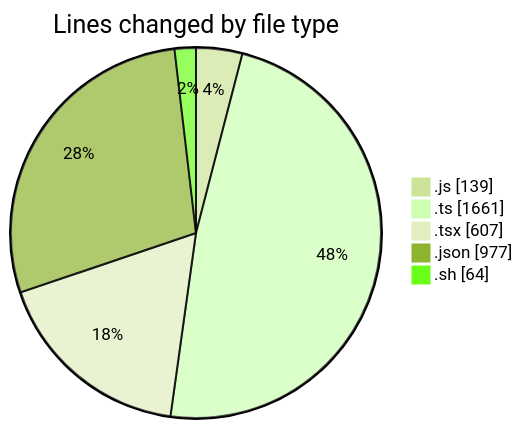
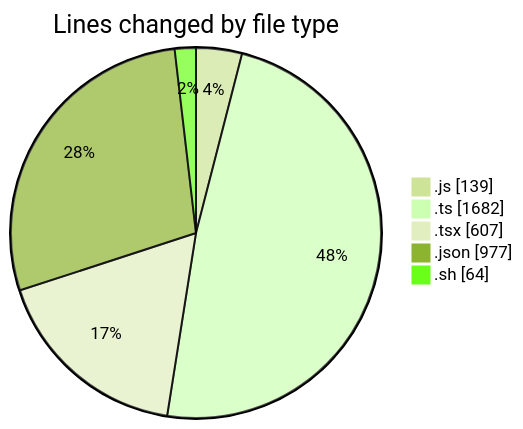
The first of 2 diagrams in 2025-07-14/ribbon/README.md (EIIisD/code-tracking), drawn with Mermaid (forest theme) before and after one commit. The commit also changed other lines of this file and 1 other file, not shown here.

````diff
--- a/2025-07-14/ribbon/README.md
+++ b/2025-07-14/ribbon/README.md
@@ -42,9 +42,9 @@
 ```mermaid
 pie showData
 title Lines changed by file type
 ".js" : 139
-".ts" : 1661
+".ts" : 1682
 ".tsx" : 607
 ".json" : 977
 ".sh" : 64
 ```
````
